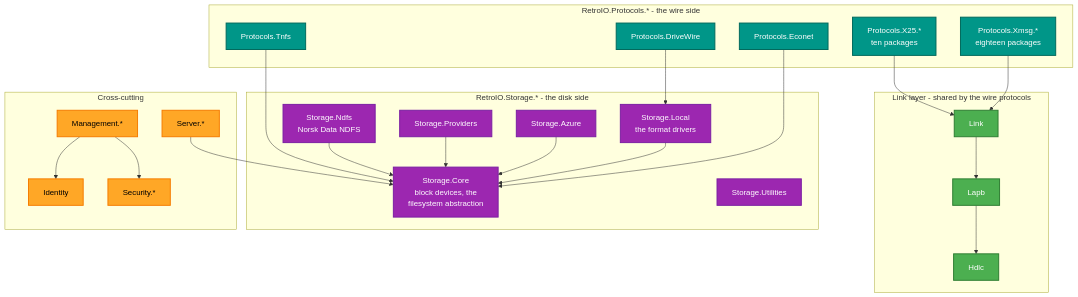
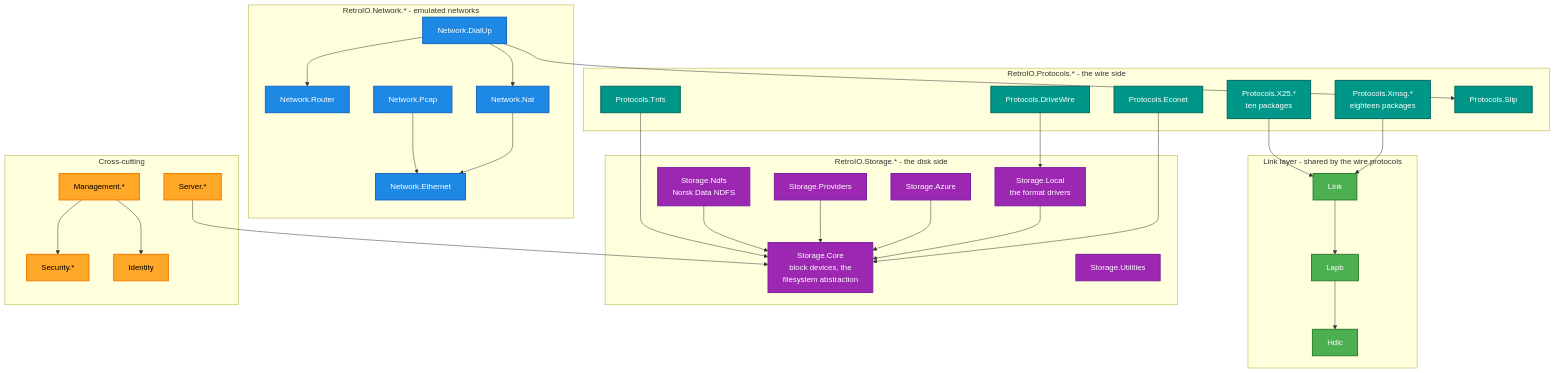
The first of 2 diagrams in README.md (RetroCoreLabs/RetroIO), drawn with Mermaid before and after one commit. The commit also changed other lines of this file and 2 other files, not shown here.

First line of the commit message:
Docs: the network packages, SLIP, Telnet and TN3270 in the README, counts, GitHub Packages, changelog

````diff
--- a/README.md
+++ b/README.md
@@ -163,56 +168,72 @@
 ```mermaid
 flowchart TB
     subgraph STORAGE["RetroIO.Storage.* - the disk side"]
         SCore["Storage.Core<br/>block devices, the<br/>filesystem abstraction"]
         SLocal["Storage.Local<br/>the format drivers"]
         SNdfs["Storage.Ndfs<br/>Norsk Data NDFS"]
         SProv["Storage.Providers"]
         SAzure["Storage.Azure"]
         SUtil["Storage.Utilities"]
     end
 
     subgraph PROTO["RetroIO.Protocols.* - the wire side"]
         Tnfs["Protocols.Tnfs"]
         DriveWire["Protocols.DriveWire"]
         Econet["Protocols.Econet"]
         X25["Protocols.X25.*<br/>ten packages"]
         Xmsg["Protocols.Xmsg.*<br/>eighteen packages"]
+        Slip["Protocols.Slip"]
+    end
+
+    subgraph NET["RetroIO.Network.* - emulated networks"]
+        Eth["Network.Ethernet"]
+        Nat["Network.Nat"]
+        Pcap["Network.Pcap"]
+        Router["Network.Router"]
+        DialUp["Network.DialUp"]
     end
 
     subgraph LINK["Link layer - shared by the wire protocols"]
         Hdlc["Hdlc"]
         Lapb["Lapb"]
         Link["Link"]
     end
 
     subgraph CROSS["Cross-cutting"]
         Ident["Identity"]
         Sec["Security.*"]
         Mgmt["Management.*"]
         Server["Server.*"]
     end
 
     X25 --> Link
     Xmsg --> Link
     Link --> Lapb --> Hdlc
     Tnfs --> SCore
     Econet --> SCore
     DriveWire --> SLocal
     SLocal --> SCore
     SNdfs --> SCore
     SProv --> SCore
     SAzure --> SCore
     Mgmt --> Ident
     Mgmt --> Sec
     Server --> SCore
+    Nat --> Eth
+    Pcap --> Eth
+    DialUp --> Slip
+    DialUp --> Nat
+    DialUp --> Router
 
     classDef store fill:#9C27B0,stroke:#7B1FA2,stroke-width:2px,color:#fff
     classDef proto fill:#009688,stroke:#00695C,stroke-width:2px,color:#fff
     classDef link  fill:#4CAF50,stroke:#2E7D32,stroke-width:2px,color:#fff
+    classDef net   fill:#1E88E5,stroke:#1565C0,stroke-width:2px,color:#fff
     classDef cross fill:#FFA726,stroke:#F57C00,stroke-width:2px,color:#000
 
     class SCore,SLocal,SNdfs,SProv,SAzure,SUtil store
-    class Tnfs,DriveWire,Econet,X25,Xmsg proto
+    class Tnfs,DriveWire,Econet,X25,Xmsg,Slip proto
+    class Eth,Nat,Pcap,Router,DialUp net
     class Hdlc,Lapb,Link link
     class Ident,Sec,Mgmt,Server cross
 ```
````
